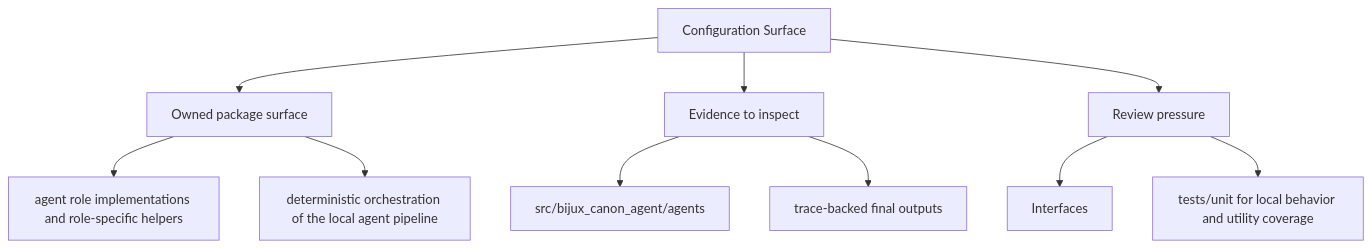
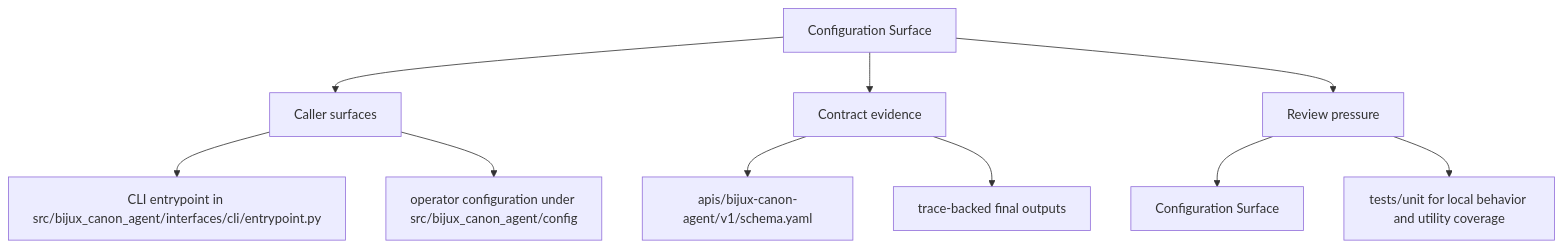
Before and after one commit to bijux/bijux-canon: the second of 2 diagrams in docs/bijux-canon-agent/interfaces/configuration-surface.md, drawn with Mermaid. The commit also changed other lines of this file and 250 other files, not shown here.

Commit message:
docs(diagrams): make product page maps more readable

````diff
--- a/docs/bijux-canon-agent/interfaces/configuration-surface.md
+++ b/docs/bijux-canon-agent/interfaces/configuration-surface.md
@@ -35,22 +35,22 @@
 ```mermaid
 flowchart TD
     page["Configuration Surface"]
-    focus1["Owned package surface"]
+    focus1["Caller surfaces"]
     page --> focus1
-    focus1_1["agent role implementations and role-specific helpers"]
+    focus1_1["CLI entrypoint in src/bijux_canon_agent/interfaces/cli/entrypoint.py"]
     focus1 --> focus1_1
-    focus1_2["deterministic orchestration of the local agent pipeline"]
+    focus1_2["operator configuration under src/bijux_canon_agent/config"]
     focus1 --> focus1_2
-    focus2["Evidence to inspect"]
+    focus2["Contract evidence"]
     page --> focus2
-    focus2_1["src/bijux_canon_agent/agents"]
+    focus2_1["apis/bijux-canon-agent/v1/schema.yaml"]
     focus2 --> focus2_1
     focus2_2["trace-backed final outputs"]
     focus2 --> focus2_2
     focus3["Review pressure"]
     page --> focus3
-    focus3_1["Interfaces"]
+    focus3_1["Configuration Surface"]
     focus3 --> focus3_1
     focus3_2["tests/unit for local behavior and utility coverage"]
     focus3 --> focus3_2
 ```
````
